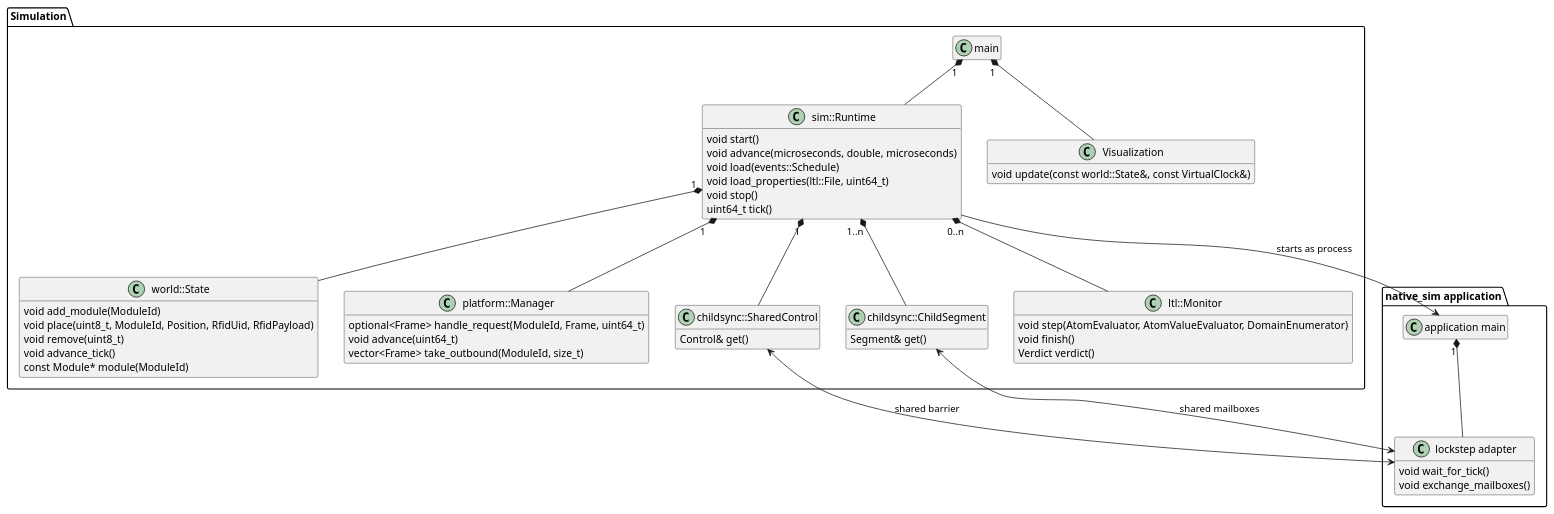
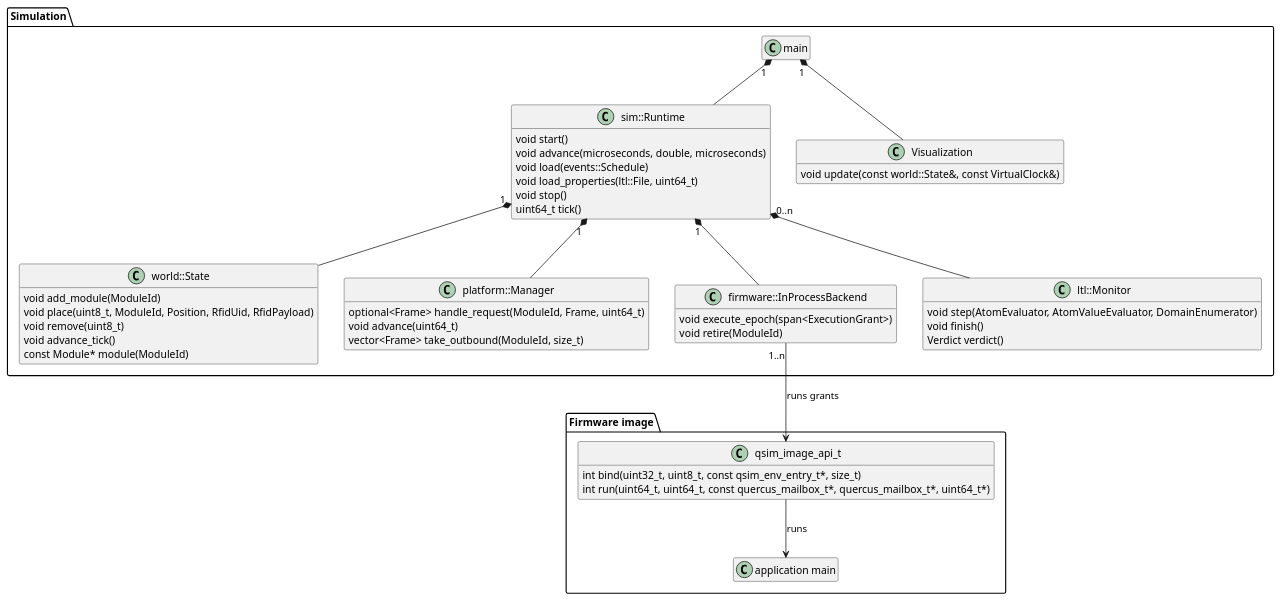
Before and after one commit to spaceface777/q_simulator: the diagram in docs/diagrams/class.puml, drawn with PlantUML. The commit also changed 4 other files, not shown here.

```diff
--- a/docs/diagrams/class.puml
+++ b/docs/diagrams/class.puml
@@ -1,70 +1,64 @@
 @startuml Class diagram
 package Simulation {
 
 hide empty members
 class mainS as "main" {}
 
 class "sim::Runtime" {
  void start()
  void advance(microseconds, double, microseconds)
  void load(events::Schedule)
  void load_properties(ltl::File, uint64_t)
  void stop()
  uint64_t tick()
 }
 
 class "world::State" {
  void add_module(ModuleId)
  void place(uint8_t, ModuleId, Position, RfidUid, RfidPayload)
  void remove(uint8_t)
  void advance_tick()
  const Module* module(ModuleId)
 }
 
 class "platform::Manager" {
  optional<Frame> handle_request(ModuleId, Frame, uint64_t)
  void advance(uint64_t)
  vector<Frame> take_outbound(ModuleId, size_t)
 }
 
-class "childsync::SharedControl" {
- Control& get()
-}
-
-class "childsync::ChildSegment" {
- Segment& get()
+class "firmware::InProcessBackend" {
+ void execute_epoch(span<ExecutionGrant>)
+ void retire(ModuleId)
 }
 
 class "ltl::Monitor" {
  void step(AtomEvaluator, AtomValueEvaluator, DomainEnumerator)
  void finish()
  Verdict verdict()
 }
 
 class Visualization {
  void update(const world::State&, const VirtualClock&)
 }
 
 }
 
-package "native_sim application" {
+package "Firmware image" {
  hide empty members
  class app as "application main" {}
- class adapter as "lockstep adapter" {
-  void wait_for_tick()
-  void exchange_mailboxes()
+ class image as "qsim_image_api_t" {
+  int bind(uint32_t, uint8_t, const qsim_env_entry_t*, size_t)
+  int run(uint64_t, uint64_t, const quercus_mailbox_t*, quercus_mailbox_t*, uint64_t*)
  }
 }
 
 mainS "1" *-- "sim::Runtime"
 mainS "1" *-- Visualization
 "sim::Runtime" "1" *-- "world::State"
 "sim::Runtime" "1" *-- "platform::Manager"
-"sim::Runtime" "1" *-- "childsync::SharedControl"
-"sim::Runtime" "1..n" *-- "childsync::ChildSegment"
+"sim::Runtime" "1" *-- "firmware::InProcessBackend"
 "sim::Runtime" "0..n" *-- "ltl::Monitor"
-"sim::Runtime" --> app : starts as process
-"childsync::SharedControl" <--> adapter : shared barrier
-"childsync::ChildSegment" <--> adapter : shared mailboxes
-app "1" *-- adapter
+"firmware::InProcessBackend" "1..n" --> image : runs grants
+image --> app : runs
 @enduml
```
